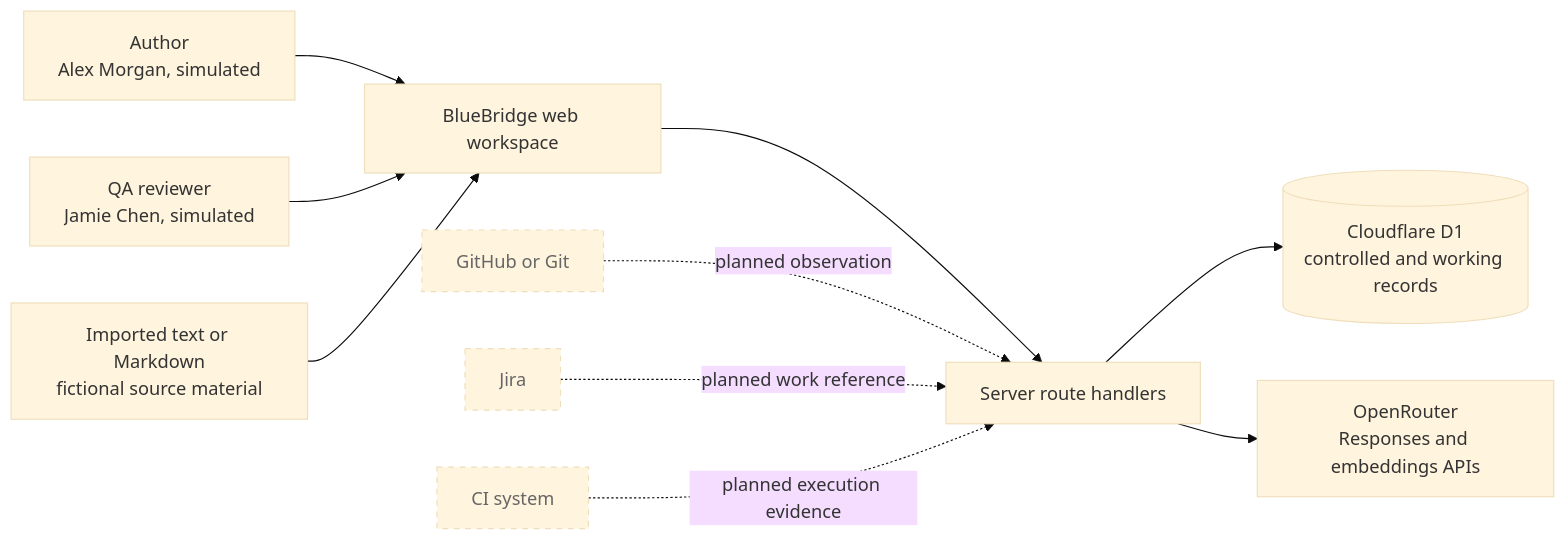
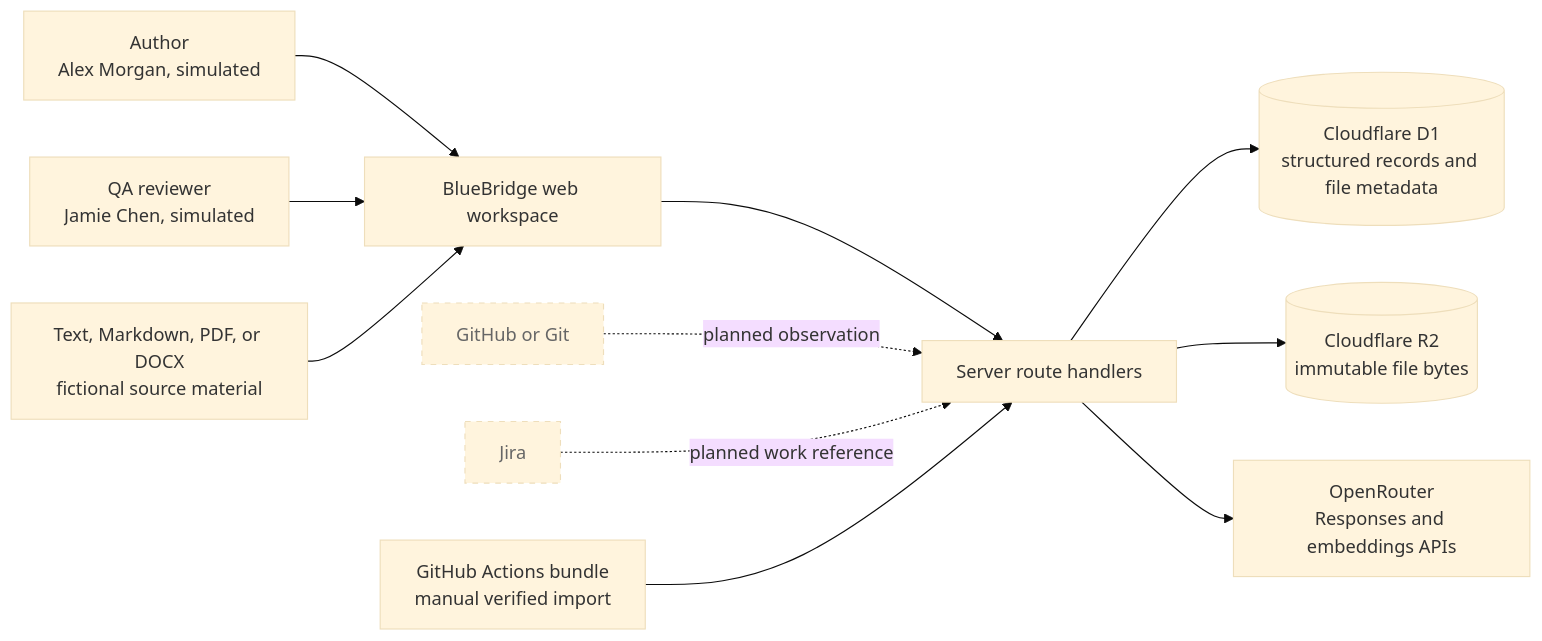
One commit to caffreit/rhythmreview-evidence-workspace changed the first of 5 diagrams in docs/system-architecture.md. Above: the diagram before and after it, drawn with Mermaid (base theme). The commit also changed other lines of this file and 65 other files, not shown here.

````diff
--- a/docs/system-architecture.md
+++ b/docs/system-architecture.md
@@ -20,15 +24,16 @@
 ```mermaid
 flowchart LR
     Author["Author<br/>Alex Morgan, simulated"] --> UI[BlueBridge web workspace]
     QA["QA reviewer<br/>Jamie Chen, simulated"] --> UI
     UI --> API[Server route handlers]
-    API --> D1[("Cloudflare D1<br/>controlled and working records")]
+    API --> D1[("Cloudflare D1<br/>structured records and file metadata")]
+    API --> R2[("Cloudflare R2<br/>immutable file bytes")]
     API --> OR["OpenRouter<br/>Responses and embeddings APIs"]
-    Source["Imported text or Markdown<br/>fictional source material"] --> UI
+    Source["Text, Markdown, PDF, or DOCX<br/>fictional source material"] --> UI
     Git[GitHub or Git] -. planned observation .-> API
     Jira[Jira] -. planned work reference .-> API
-    CI[CI system] -. planned execution evidence .-> API
+    CI["GitHub Actions bundle<br/>manual verified import"] --> API
 
     classDef planned stroke-dasharray: 5 5,color:#666;
-    class Git,Jira,CI planned;
+    class Git,Jira planned;
 ```
````
